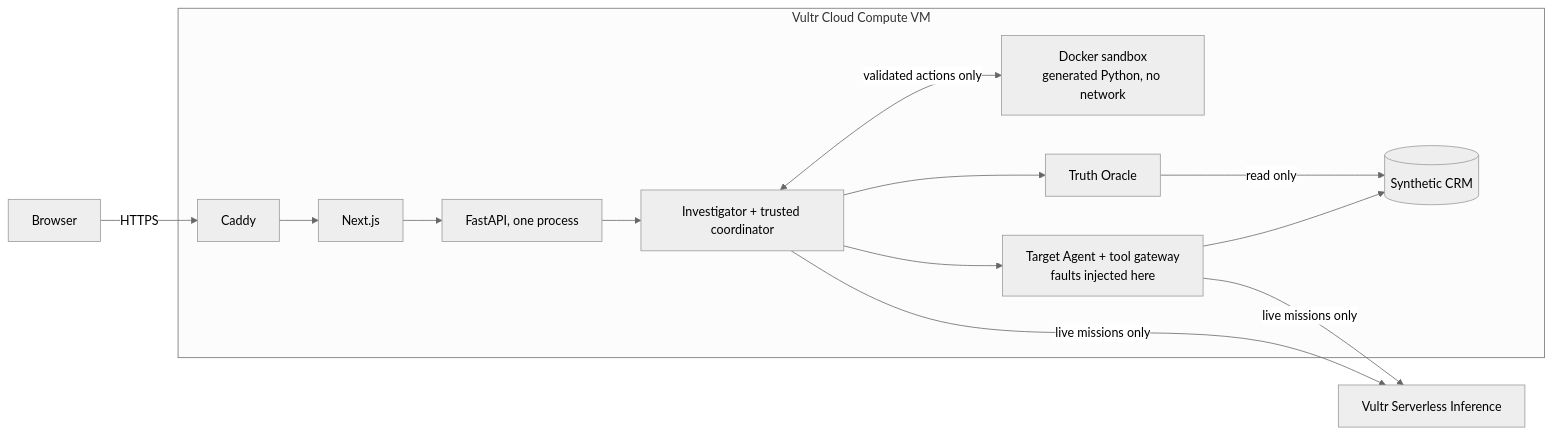
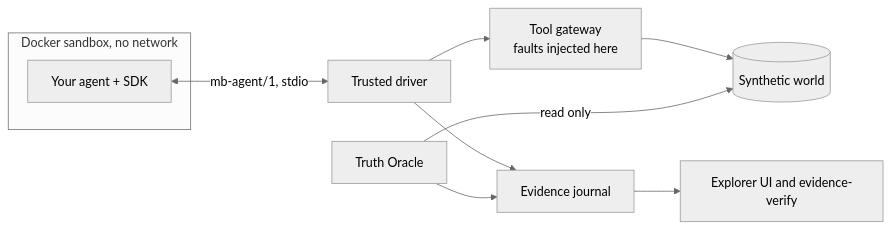
The diagram in README.md (RaulMermans/moody-blues), drawn with Mermaid (neutral theme) before and after one commit. The commit also changed other lines of this file and 45 other files, not shown here.

````diff
--- a/README.md
+++ b/README.md
@@ -65,16 +131,13 @@
 ```mermaid
 flowchart LR
-  B[Browser] -->|HTTPS| C[Caddy]
-  subgraph VM[Vultr Cloud Compute VM]
-    C --> N[Next.js]
-    N --> A[FastAPI, one process]
-    A --> K[Investigator + trusted coordinator]
-    K <-->|validated actions only| D[Docker sandbox<br/>generated Python, no network]
-    K --> T[Target Agent + tool gateway<br/>faults injected here]
-    T --> W[(Synthetic CRM)]
-    K --> O[Truth Oracle]
-    O -->|read only| W
+  subgraph S[Docker sandbox, no network]
+    A[Your agent + SDK]
   end
-  K -->|live missions only| V[Vultr Serverless Inference]
-  T -->|live missions only| V
+  A <-->|mb-agent/1, stdio| D[Trusted driver]
+  D --> G[Tool gateway<br/>faults injected here]
+  G --> W[(Synthetic world)]
+  O[Truth Oracle] -->|read only| W
+  D --> E[Evidence journal]
+  O --> E
+  E --> X[Explorer UI and evidence-verify]
 ```
````
